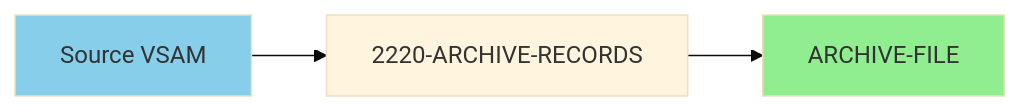
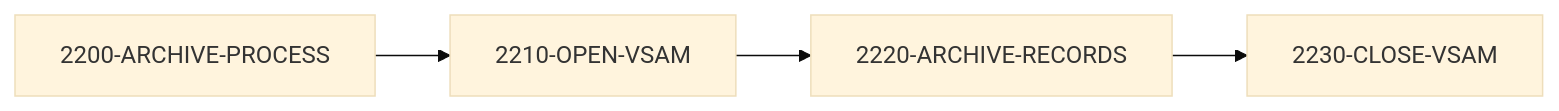
Before and after one commit to haladir-com/legacy-benchmark-docs-vb70e1: the second of 5 diagrams in docs/programs/UTLMNT00.mdx, drawn with Mermaid (base theme). The commit also changed other lines of this file and 63 other files, not shown here.

````diff
--- a/docs/programs/UTLMNT00.mdx
+++ b/docs/programs/UTLMNT00.mdx
@@ -281,8 +203,6 @@
 ```mermaid
 flowchart LR
-    A[Source VSAM] --> B[2220-ARCHIVE-RECORDS]
-    B --> C[ARCHIVE-FILE]
-    
-    style A fill:#87CEEB
-    style C fill:#90EE90
+    A[2200-ARCHIVE-PROCESS] --> B[2210-OPEN-VSAM]
+    B --> C[2220-ARCHIVE-RECORDS]
+    C --> D[2230-CLOSE-VSAM]
 ```
````
